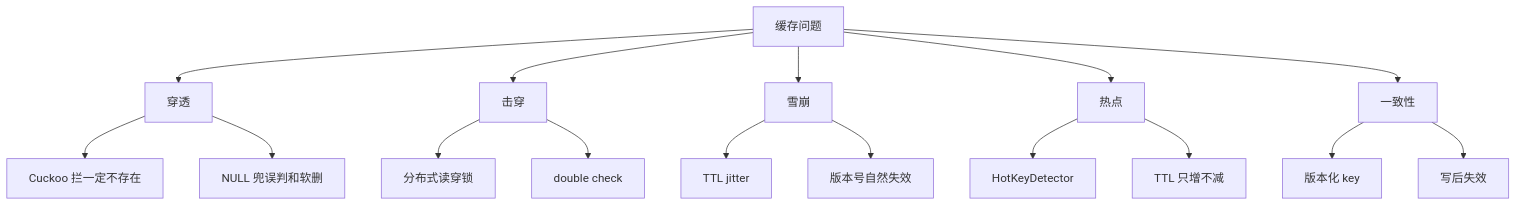
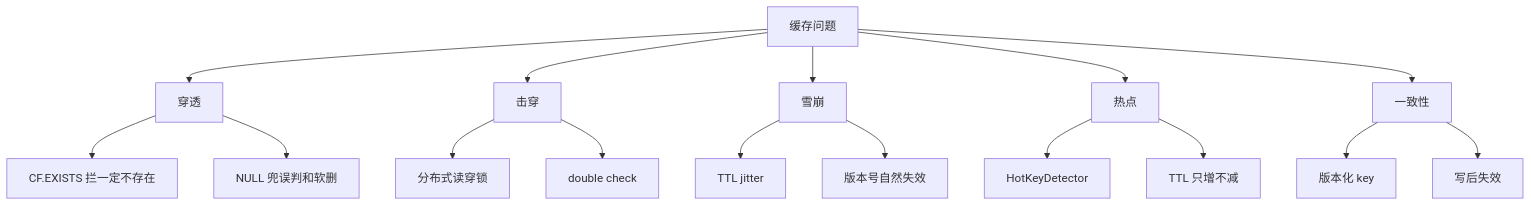
Before and after one commit to bitladykiller/zhiguang_go: the third of 9 diagrams in docs/modules/09-热点缓存与多级缓存策略.md, drawn with Mermaid. The commit also changed other lines of this file and 12 other files, not shown here.

````diff
--- a/docs/modules/09-热点缓存与多级缓存策略.md
+++ b/docs/modules/09-热点缓存与多级缓存策略.md
@@ -261,19 +261,19 @@
 ```mermaid
 flowchart TD
     A[缓存问题] --> B[穿透]
     A --> C[击穿]
     A --> D[雪崩]
     A --> E[热点]
     A --> F[一致性]
 
-    B --> B1[Cuckoo 拦一定不存在]
+    B --> B1[CF.EXISTS 拦一定不存在]
     B --> B2[NULL 兜误判和软删]
     C --> C1[分布式读穿锁]
     C --> C2[double check]
     D --> D1[TTL jitter]
     D --> D2[版本号自然失效]
     E --> E1[HotKeyDetector]
     E --> E2[TTL 只增不减]
     F --> F1[版本化 key]
     F --> F2[写后失效]
 ```
````
